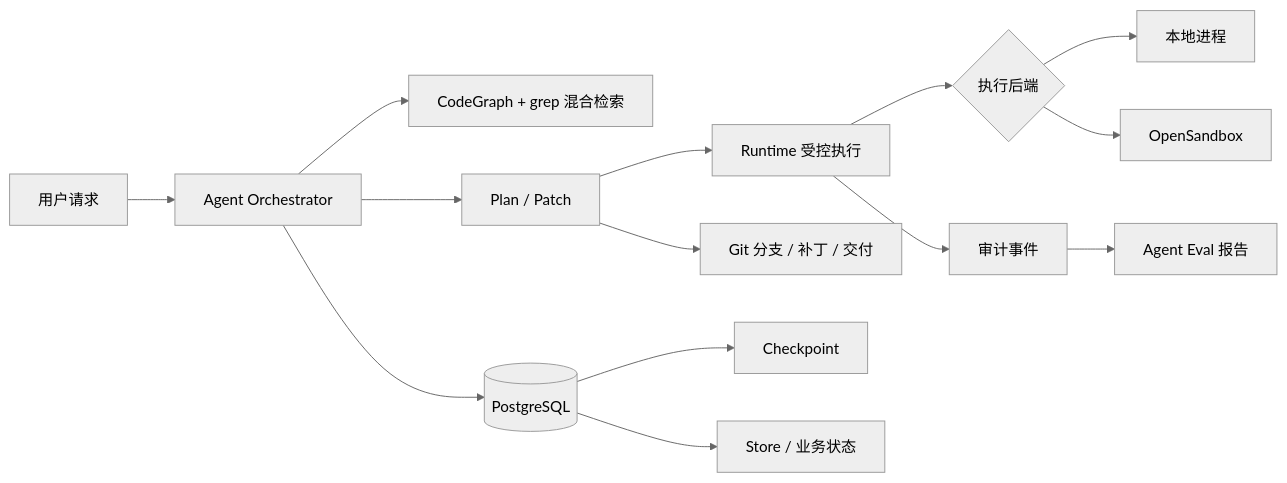
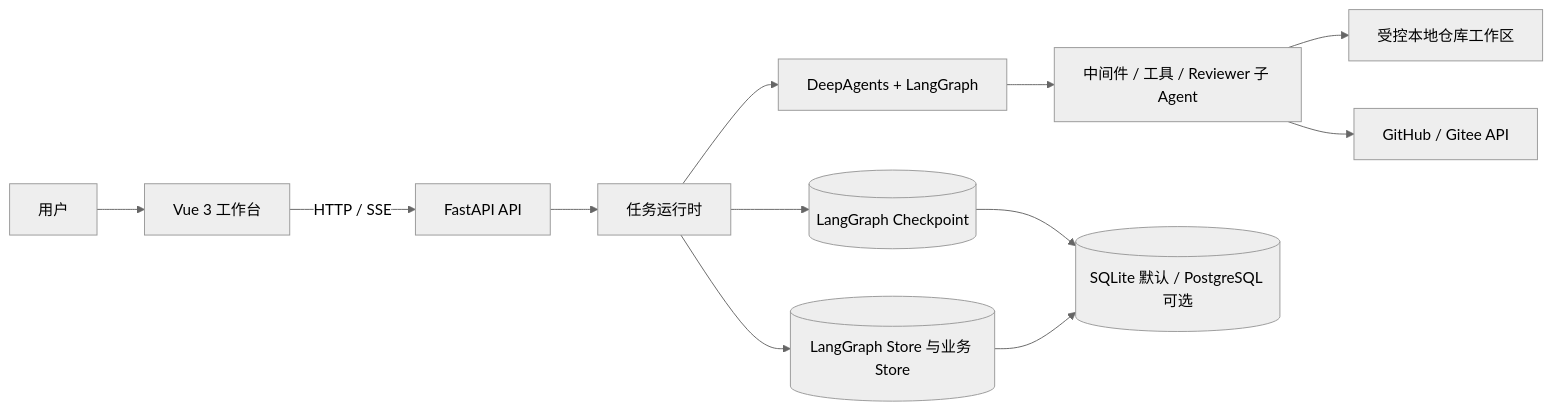
Before and after one commit to Guo-Yixin/coding-agent: the diagram in README.md, drawn with Mermaid (neutral theme). The commit also changed other lines of this file and 8 other files, not shown here.

````diff
--- a/README.md
+++ b/README.md
@@ -22,16 +93,14 @@
 ```mermaid
 flowchart LR
-    U[用户请求] --> O[Agent Orchestrator]
-    O --> R[CodeGraph + grep 混合检索]
-    O --> P[Plan / Patch]
-    P --> X[Runtime 受控执行]
-    X --> S{执行后端}
-    S --> L[本地进程]
-    S --> B[OpenSandbox]
-    O --> D[(PostgreSQL)]
-    D --> C[Checkpoint]
-    D --> T[Store / 业务状态]
-    X --> A[审计事件]
-    A --> E[Agent Eval 报告]
-    P --> G[Git 分支 / 补丁 / 交付]
+    U[用户] --> UI[Vue 3 工作台]
+    UI -->|HTTP / SSE| API[FastAPI API]
+    API --> RT[任务运行时]
+    RT --> AG[DeepAgents + LangGraph]
+    AG --> MW[中间件 / 工具 / Reviewer 子 Agent]
+    MW --> WS[受控本地仓库工作区]
+    MW --> SCM[GitHub / Gitee API]
+    RT --> CP[(LangGraph Checkpoint)]
+    RT --> ST[(LangGraph Store 与业务 Store)]
+    CP --> DB[(SQLite 默认 / PostgreSQL 可选)]
+    ST --> DB
 ```
````
